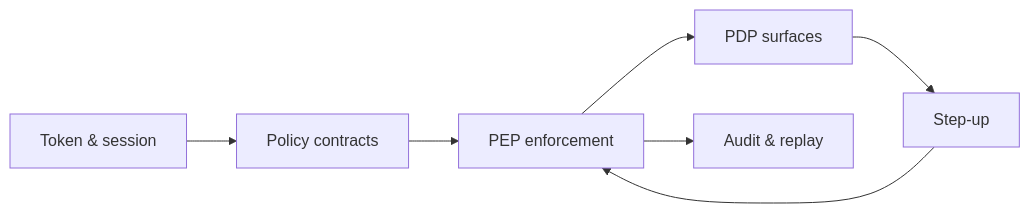
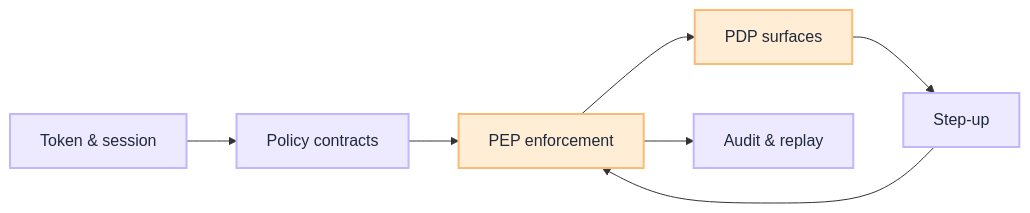
One commit to iamsharmajitender/gain changed the diagram in docs/playbooks/governance/runtime/foundation/overview.mdx. Above: the diagram before and after it, drawn with Mermaid. The commit also changed other lines of this file and 74 other files, not shown here.

````diff
--- a/docs/playbooks/governance/runtime/foundation/overview.mdx
+++ b/docs/playbooks/governance/runtime/foundation/overview.mdx
@@ -41,9 +41,15 @@
 ```mermaid
 flowchart LR
   TC[Token & session] --> SARAC[Policy contracts]
   SARAC --> PEP[PEP enforcement]
   PEP --> PDP[PDP surfaces]
   PDP --> SU[Step-up]
   PEP --> AUD[Audit & replay]
   SU --> PEP
+
+  classDef process fill:#ede9fe,stroke:#c4b5fd,color:#1e293b,stroke-width:2px
+  classDef gate fill:#ffedd5,stroke:#fdba74,color:#1e293b,stroke-width:2px
+
+  class TC,SARAC,SU,AUD process
+  class PEP,PDP gate
 ```
````
